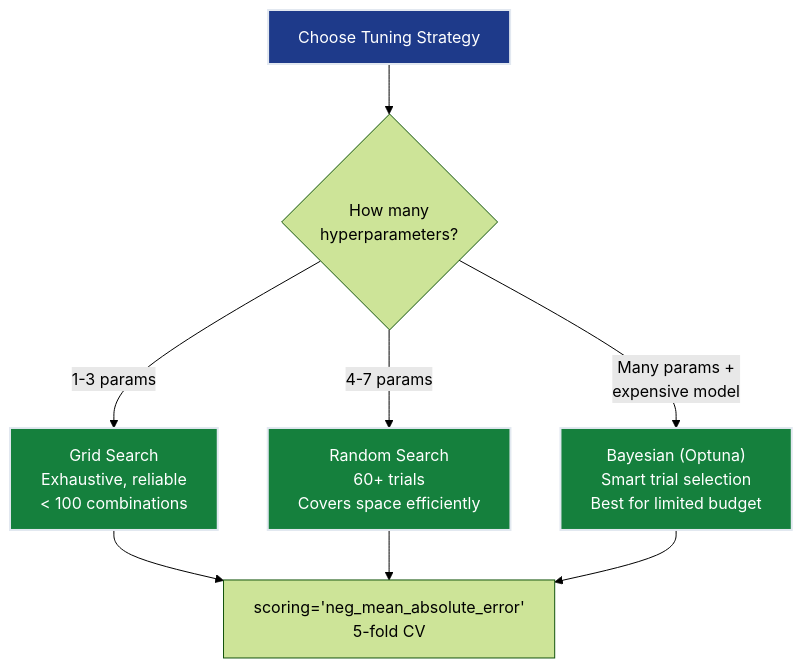
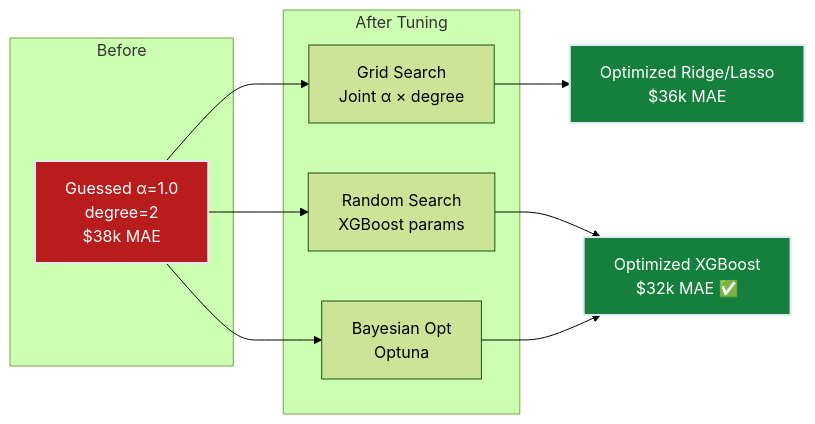
The second of 4 diagrams in notes/01-ml/01_regression/ch07_hyperparameter_tuning/README.md (deepakshamsft/ai-portfolio), drawn with Mermaid (forest theme) before and after one commit. The commit also changed other lines of this file and 727 other files, not shown here.

````diff
--- a/notes/01-ml/01_regression/ch07_hyperparameter_tuning/README.md
+++ b/notes/01-ml/01_regression/ch07_hyperparameter_tuning/README.md
@@ -611,17 +445,24 @@
 ```mermaid
-flowchart TD
-    START["Choose Tuning Strategy"] --> Q1{"How many<br/>hyperparameters?"}
+flowchart LR
+    subgraph "Before"
+        GUESS["Guessed α=1.0<br/>degree=2<br/>$38k MAE"]
+    end
     
-    Q1 -->|"1-3 params"| GRID["Grid Search<br/>Exhaustive, reliable<br/>< 100 combinations"]
-    Q1 -->|"4-7 params"| RANDOM["Random Search<br/>60+ trials<br/>Covers space efficiently"]
-    Q1 -->|"Many params +<br/>expensive model"| BAYES["Bayesian (Optuna)<br/>Smart trial selection<br/>Best for limited budget"]
+    subgraph "After Tuning"
+        GRID["Grid Search<br/>Joint α × degree"]
+        RANDOM["Random Search<br/>XGBoost params"]
+        BAYES["Bayesian Opt<br/>Optuna"]
+    end
     
-    GRID --> SCORE["scoring='neg_mean_absolute_error'<br/>5-fold CV"]
-    RANDOM --> SCORE
-    BAYES --> SCORE
+    GUESS --> GRID
+    GUESS --> RANDOM
+    GUESS --> BAYES
     
-    style START fill:#1e3a8a,stroke:#e2e8f0,stroke-width:2px,color:#ffffff
-    style GRID fill:#15803d,stroke:#e2e8f0,stroke-width:2px,color:#ffffff
-    style RANDOM fill:#15803d,stroke:#e2e8f0,stroke-width:2px,color:#ffffff
-    style BAYES fill:#15803d,stroke:#e2e8f0,stroke-width:2px,color:#ffffff
+    GRID --> RESULT["Optimized Ridge/Lasso<br/>$36k MAE"]
+    RANDOM --> RESULT2["Optimized XGBoost<br/>$32k MAE ✅"]
+    BAYES --> RESULT2
+    
+    style GUESS fill:#b91c1c,stroke:#e2e8f0,stroke-width:2px,color:#ffffff
+    style RESULT fill:#15803d,stroke:#e2e8f0,stroke-width:2px,color:#ffffff
+    style RESULT2 fill:#15803d,stroke:#e2e8f0,stroke-width:2px,color:#ffffff
 ```
````
